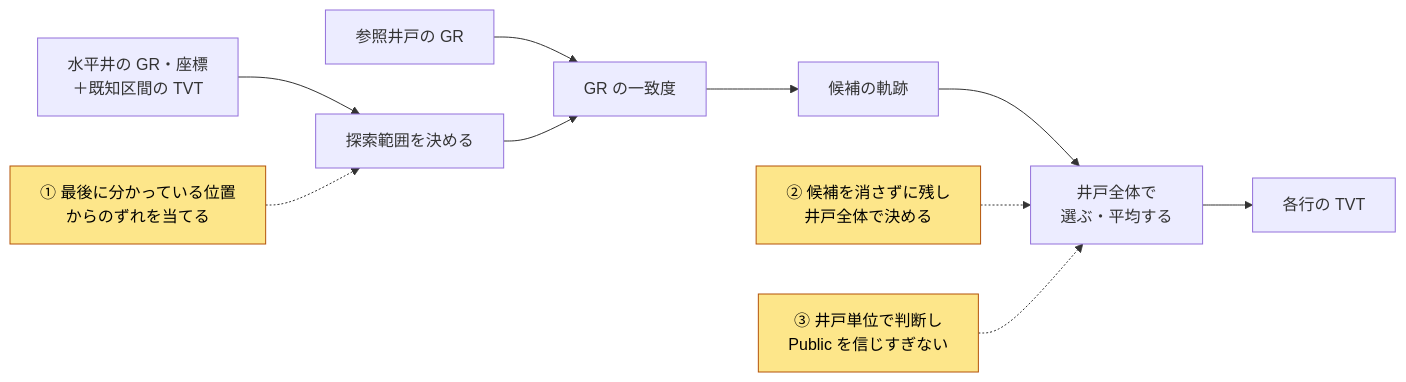
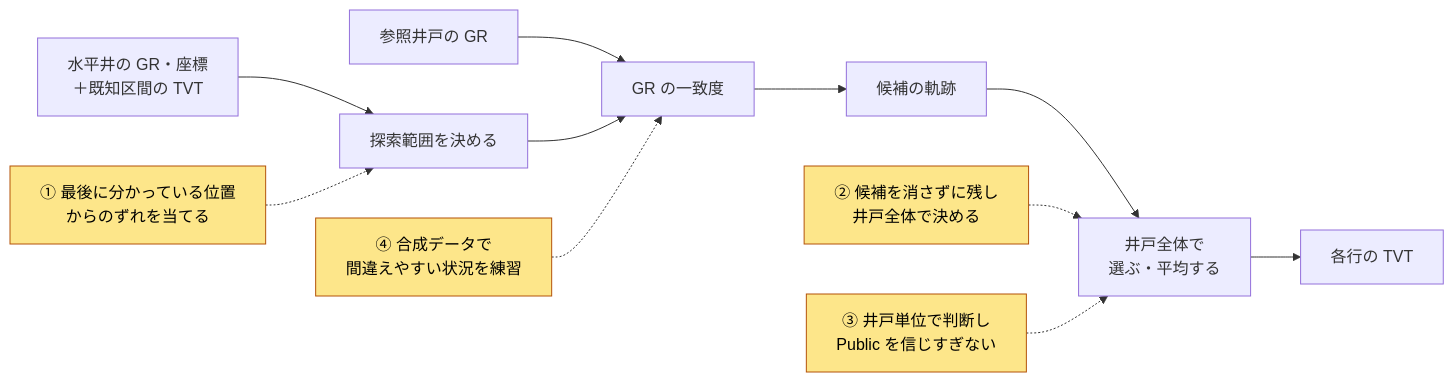
Before and after one commit to marumarukun/kaggle-solutions: the first of 2 diagrams in solutions/202608-rogii-wellbore-geology-prediction/article.md, drawn with Mermaid. The commit also changed other lines of this file, not shown here.

````diff
--- a/solutions/202608-rogii-wellbore-geology-prediction/article.md
+++ b/solutions/202608-rogii-wellbore-geology-prediction/article.md
@@ -49,13 +49,14 @@
 ```mermaid
 flowchart LR
     W["水平井の GR・座標<br/>＋既知区間の TVT"] --> A["探索範囲を決める"]
     T["参照井戸の GR"] --> M["GR の一致度"]
     A --> M
     M --> C["候補の軌跡"]
     C --> D["井戸全体で<br/>選ぶ・平均する"]
     D --> Y["各行の TVT"]
     K1["① 最後に分かっている位置<br/>からのずれを当てる"]:::key -.-> A
     K2["② 候補を消さずに残し<br/>井戸全体で決める"]:::key -.-> D
     K3["③ 井戸単位で判断し<br/>Public を信じすぎない"]:::key -.-> D
+    K4["④ 合成データで<br/>間違えやすい状況を練習"]:::key -.-> M
     classDef key fill:#fde68a,stroke:#b45309,color:#000
 ```
````
